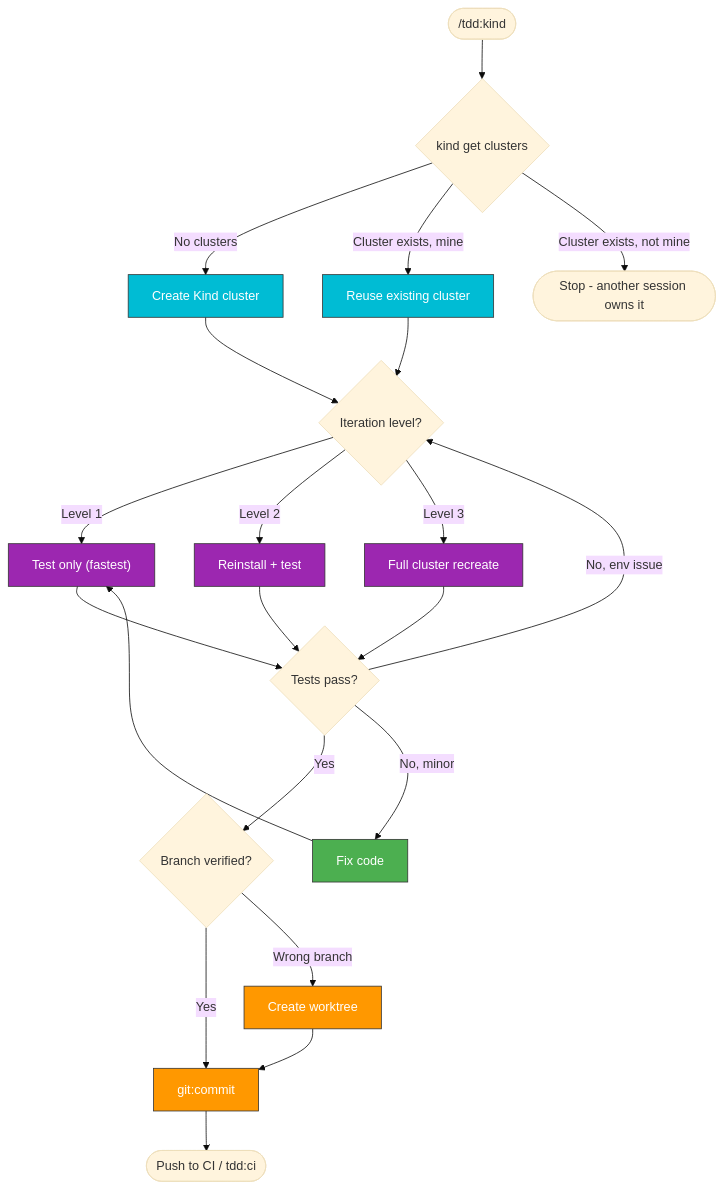
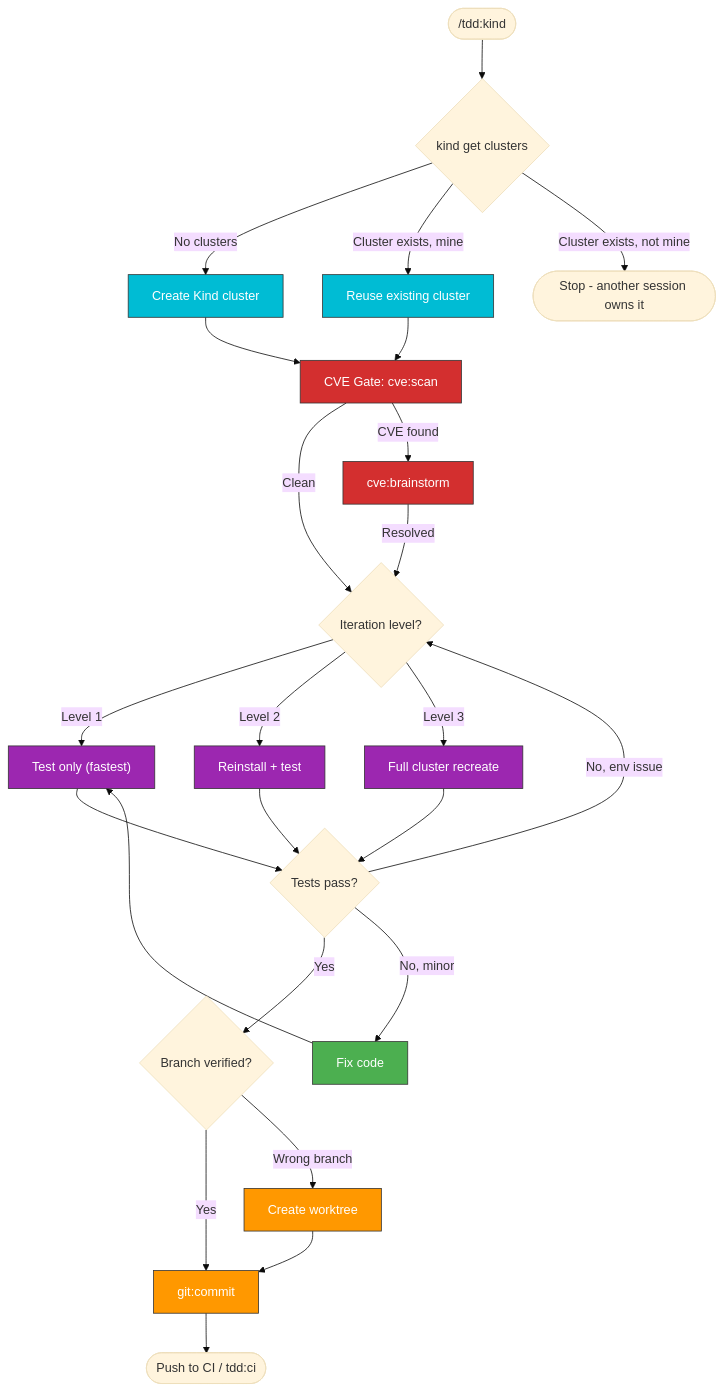
Before and after one commit to kagenti/kagenti: the diagram in .claude/skills/tdd:kind/SKILL.md, drawn with Mermaid (base theme). The commit also changed other lines of this file and 12 other files, not shown here.

````diff
--- a/.claude/skills/tdd:kind/SKILL.md
+++ b/.claude/skills/tdd:kind/SKILL.md
@@ -36,38 +36,42 @@
 ```mermaid
 flowchart TD
     START(["/tdd:kind"]) --> GUARD{"kind get clusters"}
     GUARD -->|No clusters| CREATE["Create Kind cluster"]:::k8s
     GUARD -->|Cluster exists, mine| REUSE["Reuse existing cluster"]:::k8s
     GUARD -->|Cluster exists, not mine| STOP([Stop - another session owns it])
 
-    CREATE --> ITER
-    REUSE --> ITER
+    CREATE --> CVEGATE["CVE Gate: cve:scan"]:::cve
+    REUSE --> CVEGATE
+    CVEGATE -->|Clean| ITER
+    CVEGATE -->|CVE found| CVE_HOLD["cve:brainstorm"]:::cve
+    CVE_HOLD -->|Resolved| ITER
 
     ITER{"Iteration level?"}
     ITER -->|Level 1| L1["Test only (fastest)"]:::test
     ITER -->|Level 2| L2["Reinstall + test"]:::test
     ITER -->|Level 3| L3["Full cluster recreate"]:::test
 
     L1 --> CHECK{"Tests pass?"}
     L2 --> CHECK
     L3 --> CHECK
 
     CHECK -->|Yes| BRANCHCHECK{"Branch verified?"}
     CHECK -->|No, minor| FIX["Fix code"]:::tdd
     CHECK -->|No, env issue| ITER
 
     BRANCHCHECK -->|Yes| COMMIT["git:commit"]:::git
     BRANCHCHECK -->|Wrong branch| WORKTREE["Create worktree"]:::git
     WORKTREE --> COMMIT
 
     FIX --> L1
     COMMIT --> DONE([Push to CI / tdd:ci])
 
     classDef tdd fill:#4CAF50,stroke:#333,color:white
     classDef rca fill:#FF5722,stroke:#333,color:white
     classDef git fill:#FF9800,stroke:#333,color:white
     classDef k8s fill:#00BCD4,stroke:#333,color:white
     classDef hypershift fill:#3F51B5,stroke:#333,color:white
     classDef ci fill:#2196F3,stroke:#333,color:white
     classDef test fill:#9C27B0,stroke:#333,color:white
+    classDef cve fill:#D32F2F,stroke:#333,color:white
 ```
````
